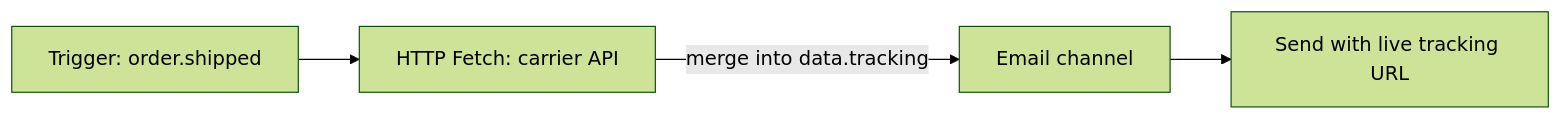
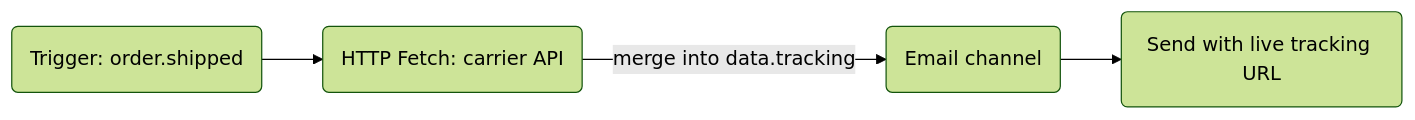
Before and after one commit to KriyanshKhunt/nexus_docs: the diagram in content/docs/en/platform/features/http-fetch-node.mdx, drawn with Mermaid (forest theme). The commit also changed 25 other files, not shown here.

Commit message:
Handle en Mermaid charts

````diff
--- a/content/docs/en/platform/features/http-fetch-node.mdx
+++ b/content/docs/en/platform/features/http-fetch-node.mdx
@@ -18,6 +18,6 @@
 ```mermaid
 flowchart LR
-  T[Trigger: order.shipped] --> F[HTTP Fetch: carrier API]
-  F -->|merge into data.tracking| E[Email channel]
-  E --> Out[Send with live tracking URL]
+  T(Trigger: order.shipped) --> F(HTTP Fetch: carrier API)
+  F -->|merge into data.tracking| E(Email channel)
+  E --> Out(Send with live tracking URL)
 ```
````
